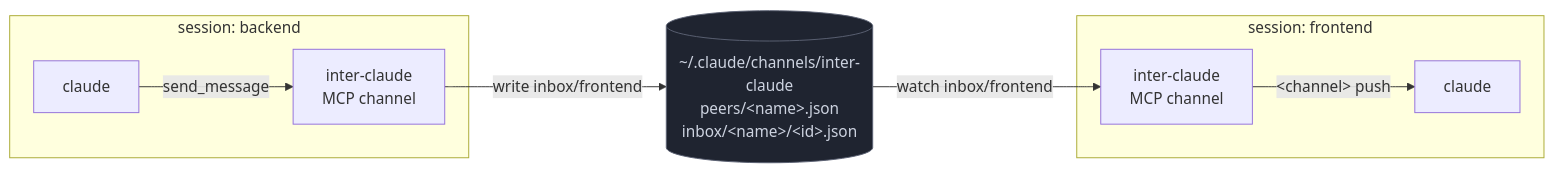
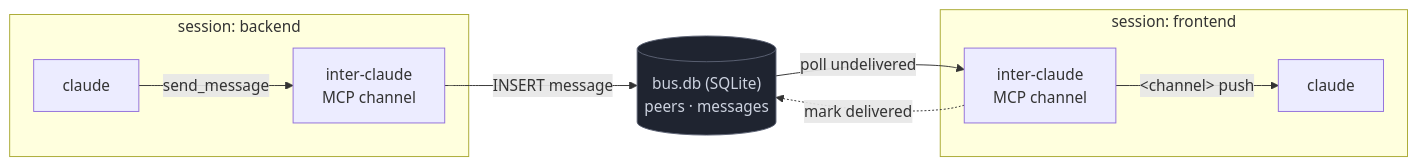
Before and after one commit to biswajitpatra/agentbus: the diagram in README.md, drawn with Mermaid. The commit also changed other lines of this file and 14 other files, not shown here.

First line of the commit message:
Move the bus to SQLite via Drizzle ORM with versioned migrations

````diff
--- a/README.md
+++ b/README.md
@@ -14,20 +14,21 @@
 ```mermaid
 flowchart LR
     subgraph B["session: backend"]
         BC["claude"]
         BS["inter-claude<br/>MCP channel"]
     end
     subgraph F["session: frontend"]
         FS["inter-claude<br/>MCP channel"]
         FC["claude"]
     end
-    BUS[("~/.claude/channels/inter-claude<br/>peers/&lt;name&gt;.json<br/>inbox/&lt;name&gt;/&lt;id&gt;.json")]
+    DB[("bus.db (SQLite)<br/>peers · messages")]
 
     BC -- "send_message" --> BS
-    BS -- "write inbox/frontend" --> BUS
-    BUS -- "watch inbox/frontend" --> FS
+    BS -- "INSERT message" --> DB
+    DB -- "poll undelivered" --> FS
     FS -- "&lt;channel&gt; push" --> FC
+    FS -. "mark delivered" .-> DB
 
-    classDef bus fill:#1f2430,stroke:#5b6273,color:#cdd3e0;
-    class BUS bus;
+    classDef db fill:#1f2430,stroke:#5b6273,color:#cdd3e0;
+    class DB db;
 ```
````
